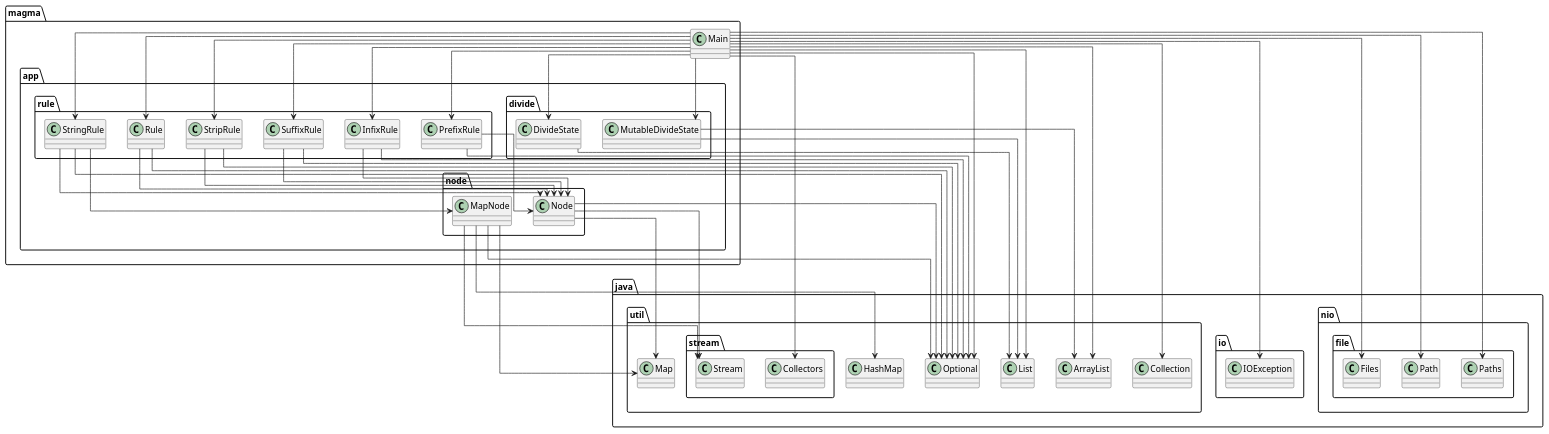
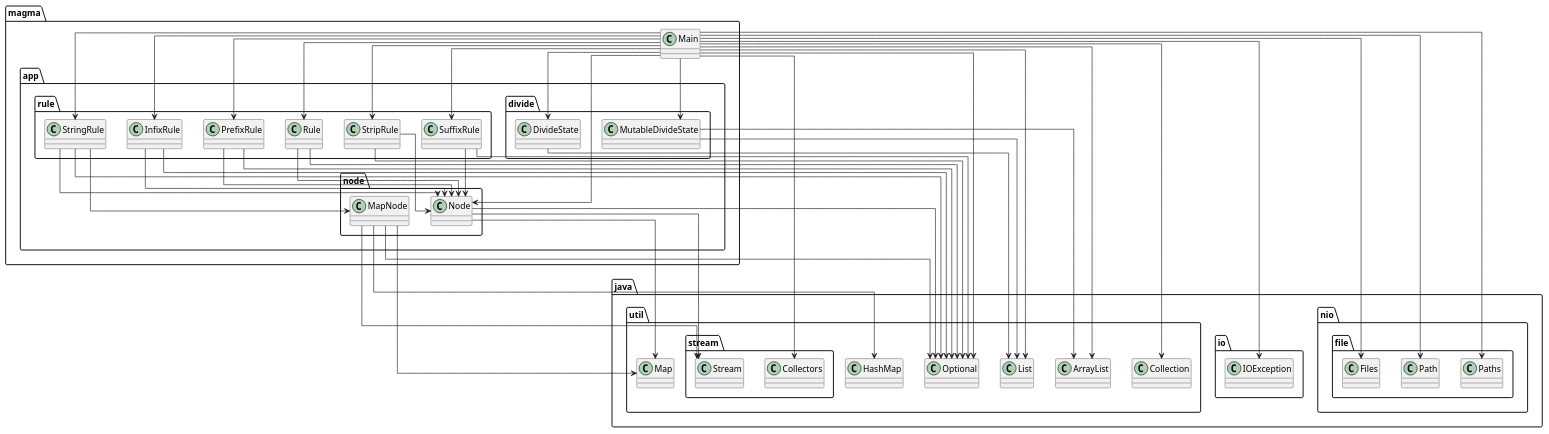
Before and after one commit to SirMathhman/Magma: the diagram in diagram.puml, drawn with PlantUML. The commit also changed 1 other file, not shown here.

```diff
--- a/diagram.puml
+++ b/diagram.puml
@@ -1,54 +1,55 @@
 @startuml
 skinparam linetype ortho
 class magma.app.divide.DivideState
 magma.app.divide.DivideState --> java.util.List
 class magma.app.divide.MutableDivideState
 magma.app.divide.MutableDivideState --> java.util.ArrayList
 magma.app.divide.MutableDivideState --> java.util.List
 class magma.app.node.MapNode
 magma.app.node.MapNode --> java.util.HashMap
 magma.app.node.MapNode --> java.util.Map
 magma.app.node.MapNode --> java.util.Optional
 magma.app.node.MapNode --> java.util.stream.Stream
 class magma.app.node.Node
 magma.app.node.Node --> java.util.Map
 magma.app.node.Node --> java.util.Optional
 magma.app.node.Node --> java.util.stream.Stream
 class magma.app.rule.InfixRule
 magma.app.rule.InfixRule --> magma.app.node.Node
 magma.app.rule.InfixRule --> java.util.Optional
 class magma.app.rule.PrefixRule
 magma.app.rule.PrefixRule --> magma.app.node.Node
 magma.app.rule.PrefixRule --> java.util.Optional
 class magma.app.rule.Rule
 magma.app.rule.Rule --> magma.app.node.Node
 magma.app.rule.Rule --> java.util.Optional
 class magma.app.rule.StringRule
 magma.app.rule.StringRule --> magma.app.node.MapNode
 magma.app.rule.StringRule --> magma.app.node.Node
 magma.app.rule.StringRule --> java.util.Optional
 class magma.app.rule.StripRule
 magma.app.rule.StripRule --> magma.app.node.Node
 magma.app.rule.StripRule --> java.util.Optional
 class magma.app.rule.SuffixRule
 magma.app.rule.SuffixRule --> magma.app.node.Node
 magma.app.rule.SuffixRule --> java.util.Optional
 class magma.Main
 magma.Main --> magma.app.divide.DivideState
 magma.Main --> magma.app.divide.MutableDivideState
+magma.Main --> magma.app.node.Node
 magma.Main --> magma.app.rule.InfixRule
 magma.Main --> magma.app.rule.PrefixRule
 magma.Main --> magma.app.rule.Rule
 magma.Main --> magma.app.rule.StringRule
 magma.Main --> magma.app.rule.StripRule
 magma.Main --> magma.app.rule.SuffixRule
 magma.Main --> java.io.IOException
 magma.Main --> java.nio.file.Files
 magma.Main --> java.nio.file.Path
 magma.Main --> java.nio.file.Paths
 magma.Main --> java.util.ArrayList
 magma.Main --> java.util.Collection
 magma.Main --> java.util.List
 magma.Main --> java.util.Optional
 magma.Main --> java.util.stream.Collectors
 @enduml
```
